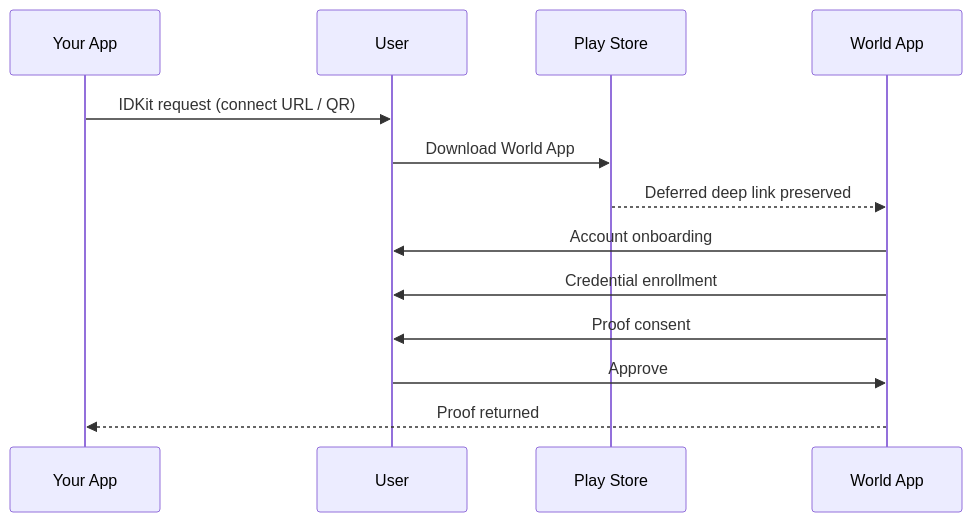
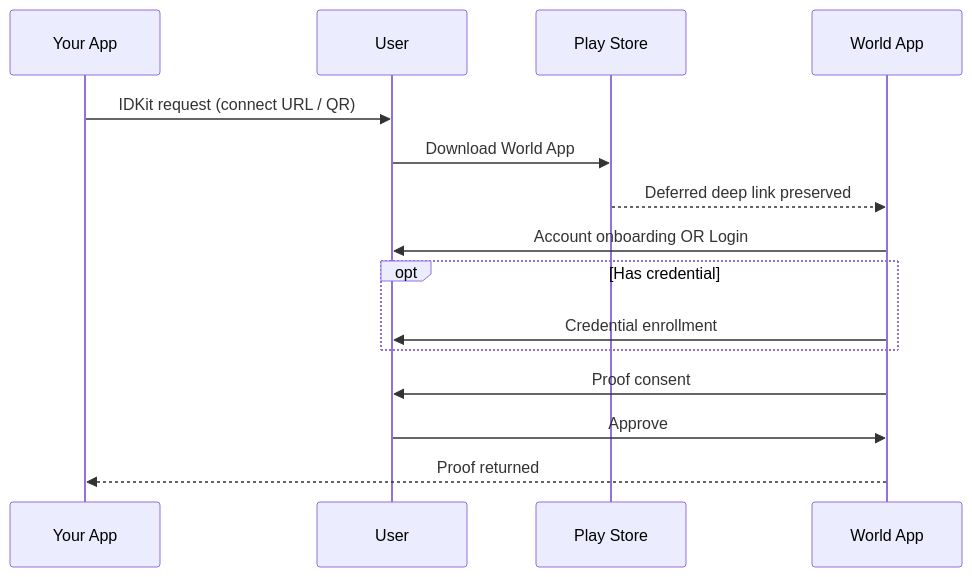
Before and after one commit to worldcoin/developer-docs: the first of 3 diagrams in world-id/idkit/verification-flows.mdx, drawn with Mermaid. The commit also changed other lines of this file, not shown here.

````diff
--- a/world-id/idkit/verification-flows.mdx
+++ b/world-id/idkit/verification-flows.mdx
@@ -24,16 +25,19 @@
 ```mermaid
 sequenceDiagram
     participant App as Your App
     participant User
     participant Play as Play Store
     participant WA as World App
 
     App->>User: IDKit request (connect URL / QR)
     User->>Play: Download World App
     Play-->>WA: Deferred deep link preserved
-    WA->>User: Account onboarding
-    WA->>User: Credential enrollment
+
+    WA->>User: Account onboarding OR Login
+    opt Has credential
+      WA->>User: Credential enrollment
+    end
     WA->>User: Proof consent
     User->>WA: Approve
     WA-->>App: Proof returned
 ```
````
